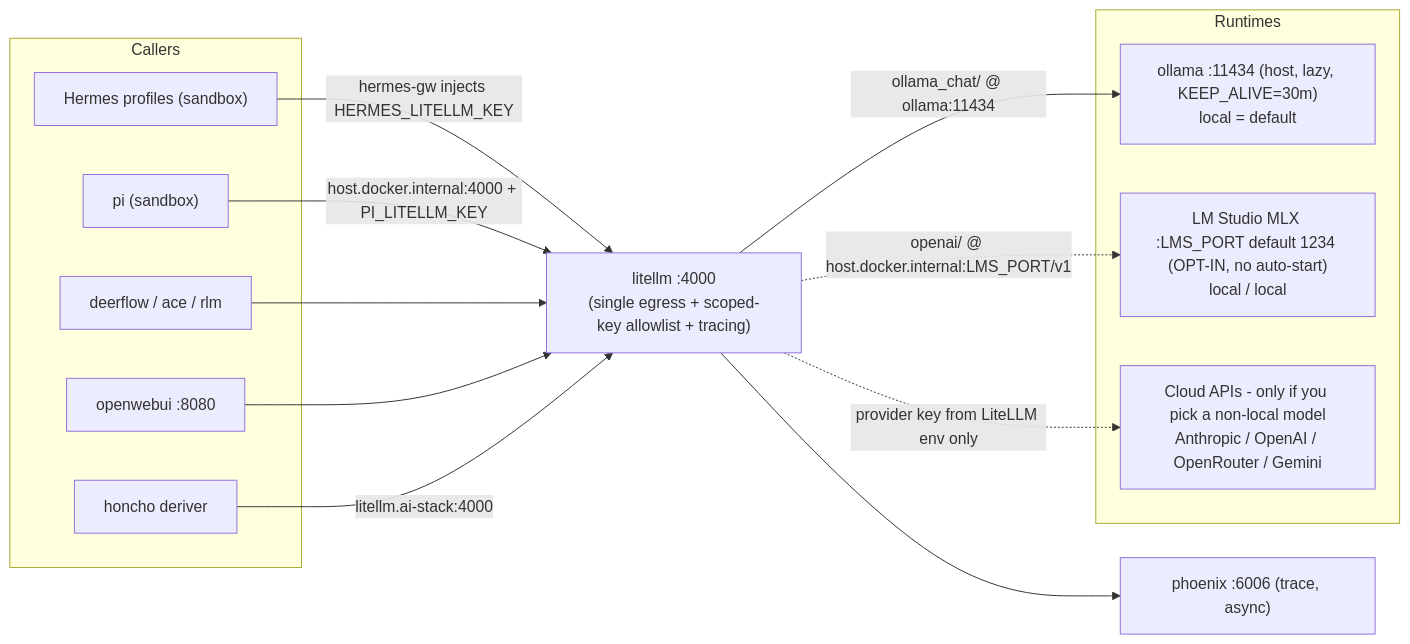
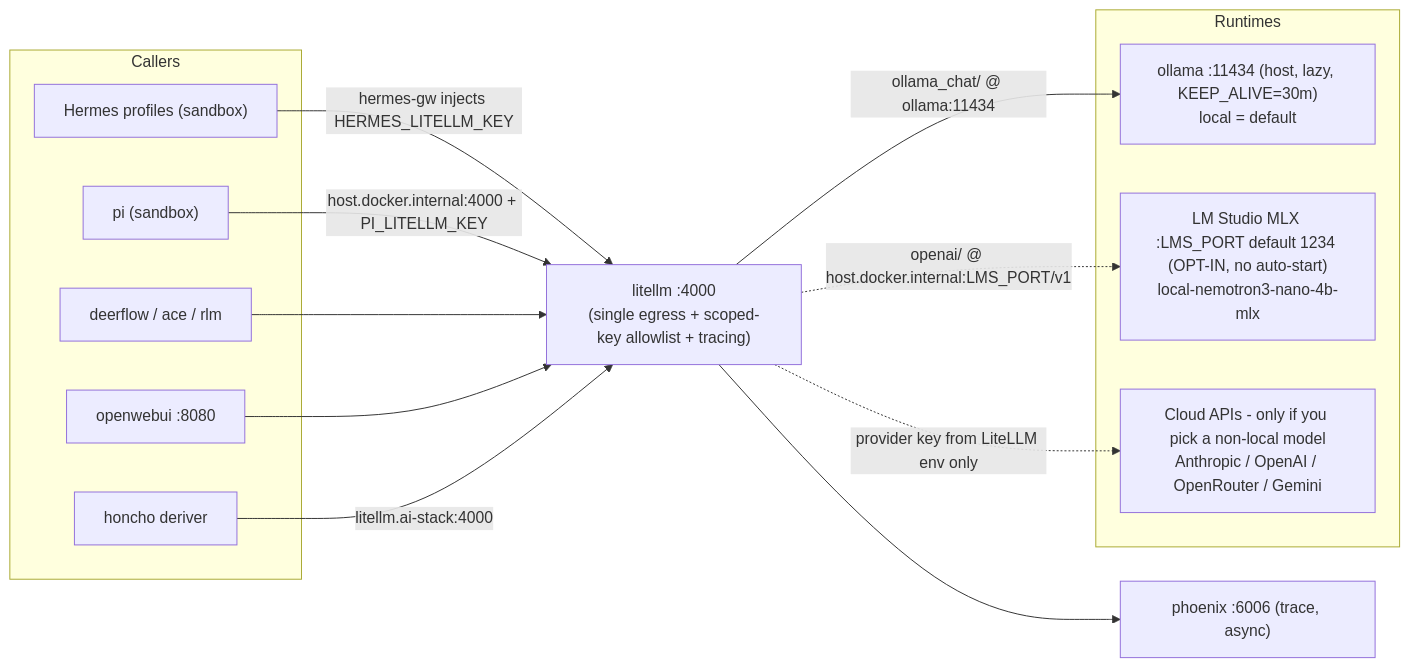
One commit to mayssamj/versatile-ai-stack changed the seventh of 21 diagrams in doc/DIAGRAMS.md. Above: the diagram before and after it, drawn with Mermaid. The commit also changed 24 other files, not shown here.

````diff
--- a/doc/DIAGRAMS.md
+++ b/doc/DIAGRAMS.md
@@ -446,30 +446,30 @@
 ```mermaid
 flowchart LR
   subgraph Callers[Callers]
     HF["Hermes profiles (sandbox)"]
     PI["pi (sandbox)"]
     DF["deerflow / ace / rlm"]
     OWU["openwebui :8080"]
     HO["honcho deriver"]
   end
 
   HUB["litellm :4000<br/>(single egress + scoped-key allowlist + tracing)"]
 
   HF -- "hermes-gw injects HERMES_LITELLM_KEY" --> HUB
   PI -- "host.docker.internal:4000 + PI_LITELLM_KEY" --> HUB
   DF --> HUB
   OWU --> HUB
   HO -- "litellm.ai-stack:4000" --> HUB
 
   subgraph Runtimes[Runtimes]
     OL["ollama :11434 (host, lazy, KEEP_ALIVE=30m)<br/>local = default"]
-    LMS["LM Studio MLX :LMS_PORT default 1234 (OPT-IN, no auto-start)<br/>local / local"]
+    LMS["LM Studio MLX :LMS_PORT default 1234 (OPT-IN, no auto-start)<br/>local-nemotron3-nano-4b-mlx"]
     CLOUD["Cloud APIs - only if you pick a non-local model<br/>Anthropic / OpenAI / OpenRouter / Gemini"]
   end
 
   HUB -- "ollama_chat/<served> @ ollama:11434" --> OL
   HUB -. "openai/<served> @ host.docker.internal:LMS_PORT/v1" .-> LMS
   HUB -. "provider key from LiteLLM env only" .-> CLOUD
 
   HUB --> PX["phoenix :6006 (trace, async)"]
 ```
````
